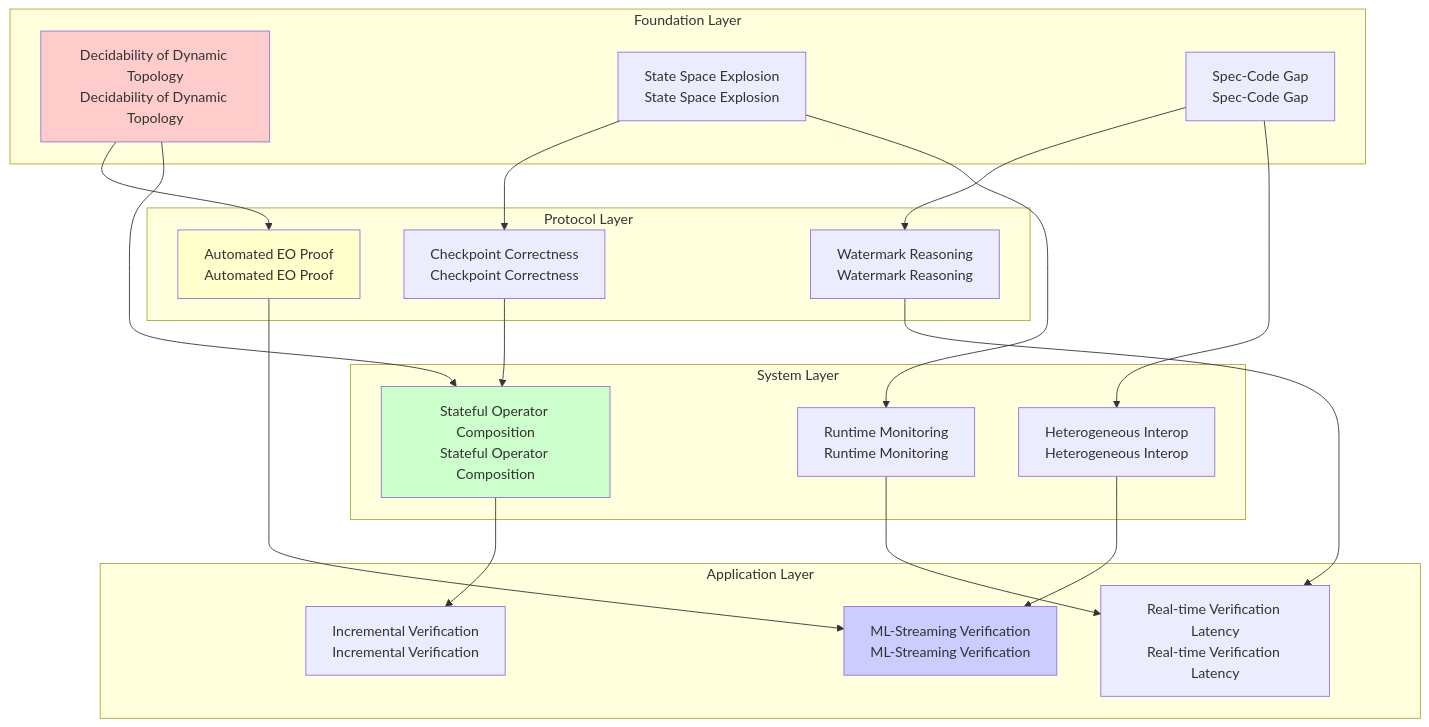
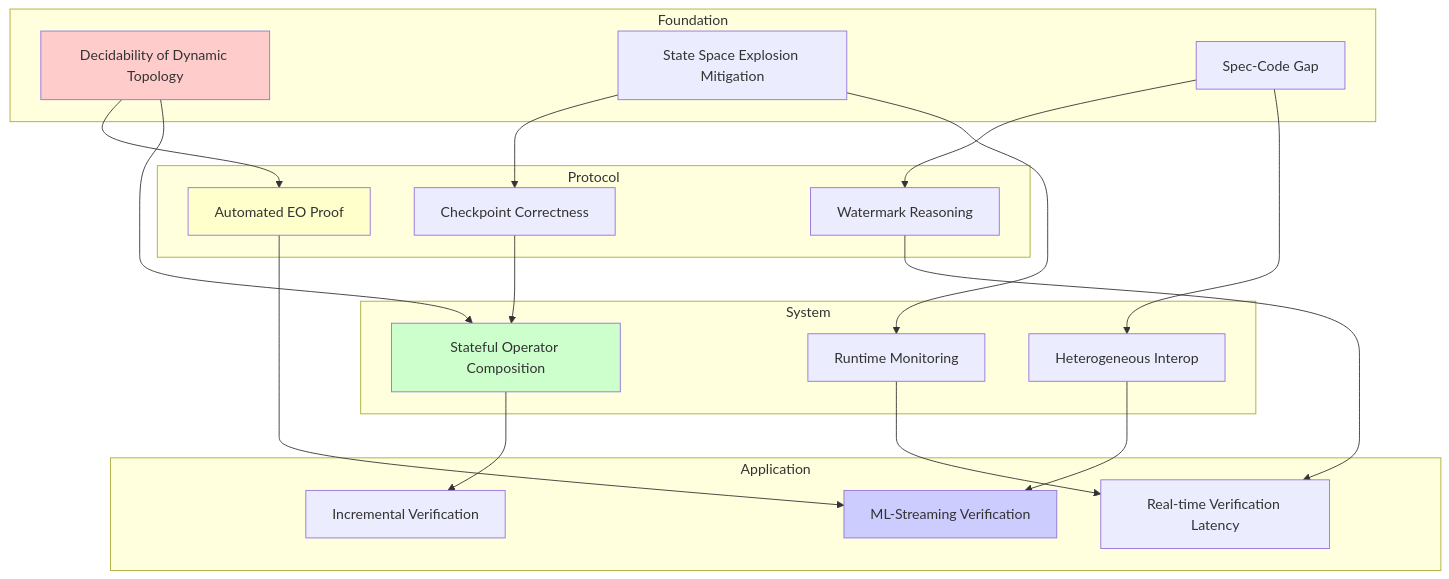
Before and after one commit to AdaMartin18010/AnalysisDataFlow: the first of 3 diagrams in i18n/en/Struct/06-frontier/06.01-open-problems-streaming-verification-en.md, drawn with Mermaid. The commit also changed other lines of this file and 80 other files, not shown here.

````diff
--- a/i18n/en/Struct/06-frontier/06.01-open-problems-streaming-verification-en.md
+++ b/i18n/en/Struct/06-frontier/06.01-open-problems-streaming-verification-en.md
@@ -668,45 +674,45 @@
 ```mermaid
 graph TB
-    subgraph "Foundation Layer"
-        A[Decidability of Dynamic Topology<br/>Decidability of Dynamic Topology]
-        B[State Space Explosion<br/>State Space Explosion]
-        C[Spec-Code Gap<br/>Spec-Code Gap]
+    subgraph "Foundation"
+        A[Decidability of Dynamic Topology]
+        B[State Space Explosion Mitigation]
+        C[Spec-Code Gap]
     end
 
-    subgraph "Protocol Layer"
-        D[Automated EO Proof<br/>Automated EO Proof]
-        E[Checkpoint Correctness<br/>Checkpoint Correctness]
-        F[Watermark Reasoning<br/>Watermark Reasoning]
+    subgraph "Protocol"
+        D[Automated EO Proof]
+        E[Checkpoint Correctness]
+        F[Watermark Reasoning]
     end
 
-    subgraph "System Layer"
-        G[Stateful Operator Composition<br/>Stateful Operator Composition]
-        H[Heterogeneous Interop<br/>Heterogeneous Interop]
-        I[Runtime Monitoring<br/>Runtime Monitoring]
+    subgraph "System"
+        G[Stateful Operator Composition]
+        H[Heterogeneous Interop]
+        I[Runtime Monitoring]
     end
 
-    subgraph "Application Layer"
-        J[ML-Streaming Verification<br/>ML-Streaming Verification]
-        K[Real-time Verification Latency<br/>Real-time Verification Latency]
-        L[Incremental Verification<br/>Incremental Verification]
+    subgraph "Application"
+        J[ML-Streaming Verification]
+        K[Real-time Verification Latency]
+        L[Incremental Verification]
     end
 
     A --> D
     A --> G
     B --> E
     B --> I
     C --> F
     C --> H
 
     D --> J
     E --> G
     F --> K
     G --> L
     H --> J
     I --> K
 
     style A fill:#ffcccc
     style D fill:#ffffcc
     style G fill:#ccffcc
     style J fill:#ccccff
 ```
````
